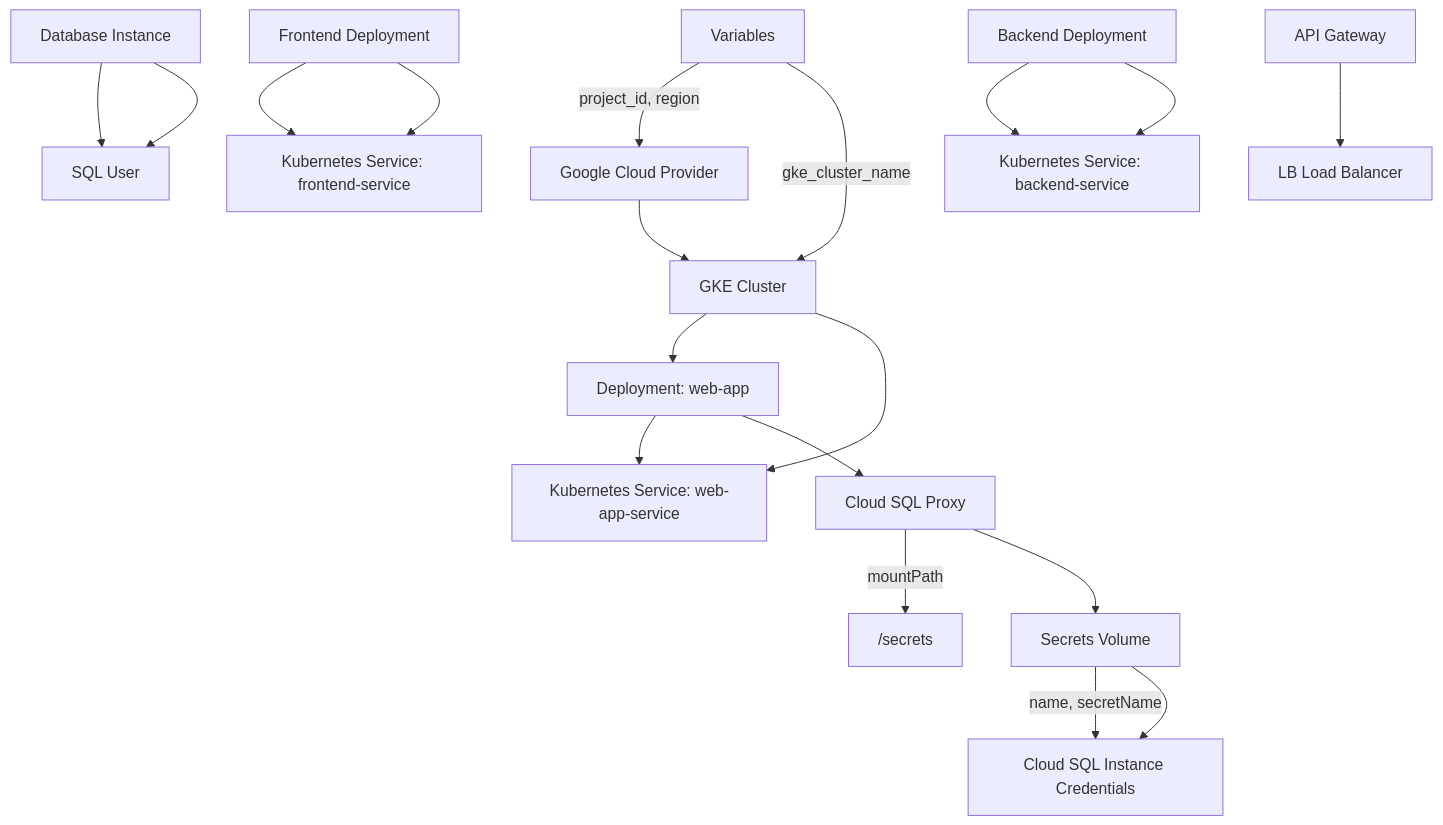
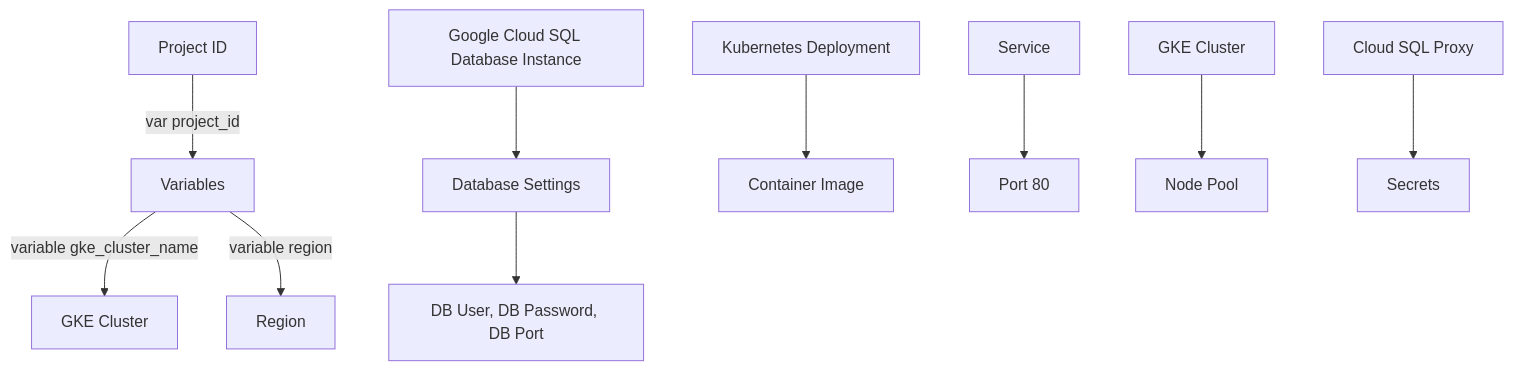
Before and after one commit to Hacka25/webapp: the second of 2 diagrams in README.md, drawn with Mermaid. The commit also changed other lines of this file, not shown here.

Commit message:
[skip-autodocs] Update README and architecture diagram

````diff
--- a/README.md
+++ b/README.md
@@ -138,22 +92,12 @@
 ```mermaid
 graph TD
-    A[Variables] --> |project_id, region| B[Google Cloud Provider]
-    B --> C[GKE Cluster]
-    C --> D[Deployment: web-app]
-    D --> E[Kubernetes Service: web-app-service]
-    F[Database Instance] --> G[SQL User]
-    H[Cloud SQL Proxy] --> |mountPath|/secrets
-    I[Secrets Volume] --> |name, secretName| J[Cloud SQL Instance Credentials]
-    K[Frontend Deployment] --> L[Kubernetes Service: frontend-service]
-    M[Backend Deployment] --> N[Kubernetes Service: backend-service]
-    O[API Gateway] --> P[LB Load Balancer]
-
-    A --> |gke_cluster_name| C
-    C --> E
-    F --> G
-    D --> H
-    H --> I
-    I --> J
-    K --> L
-    M --> N
+    A[Project ID] --> |var project_id| B[Variables]
+    B --> |variable gke_cluster_name| C[GKE Cluster]
+    B --> |variable region| D[Region]
+    E[Google Cloud SQL Database Instance] --> F[Database Settings]
+    F --> G[DB User, DB Password, DB Port]
+    H[Kubernetes Deployment] --> I[Container Image]
+    J[Service] --> K[Port 80]
+    L[GKE Cluster] --> M[Node Pool]
+    N[Cloud SQL Proxy] --> O[Secrets]
 ```
````
